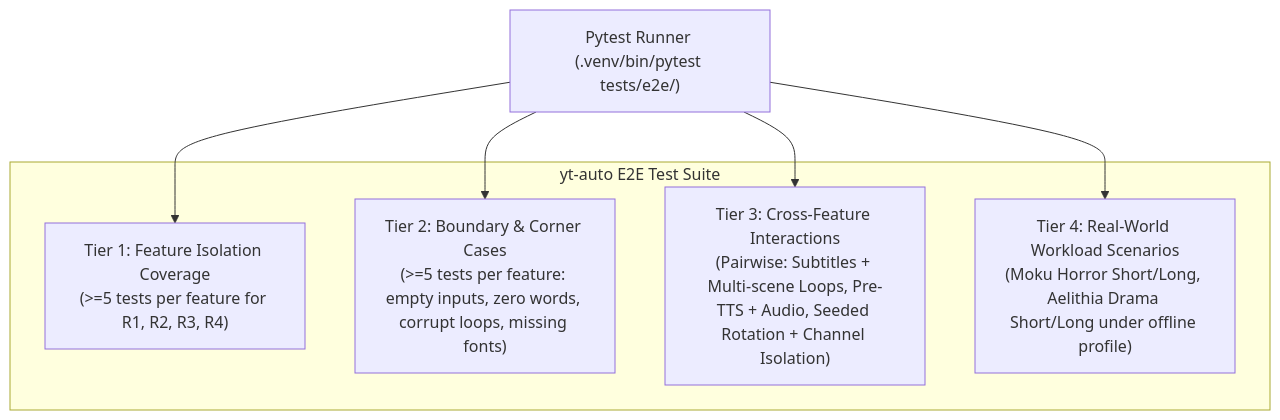
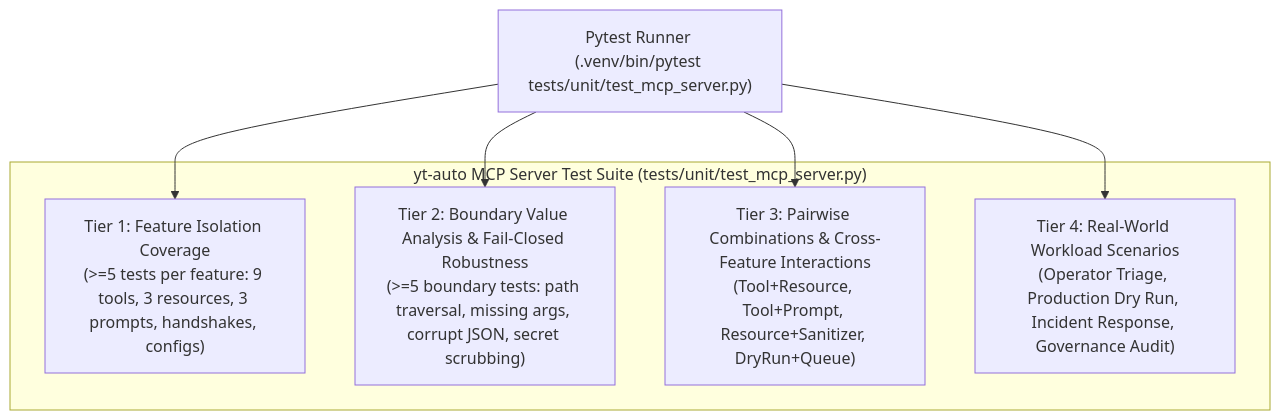
Before and after one commit to soyaelithia-ui/yt-auto: the diagram in TEST_INFRA.md, drawn with Mermaid. The commit also changed other lines of this file and 23 other files, not shown here.

Commit message:
feat(mcp): implement official model context protocol server, cli commands, sync parity gate and documentation

````diff
--- a/TEST_INFRA.md
+++ b/TEST_INFRA.md
@@ -18,14 +18,14 @@
 ```mermaid
 graph TD
-    subgraph SUITE["yt-auto E2E Test Suite"]
-        T1["Tier 1: Feature Isolation Coverage<br/>(>=5 tests per feature for R1, R2, R3, R4)"]
-        T2["Tier 2: Boundary & Corner Cases<br/>(>=5 tests per feature: empty inputs, zero words, corrupt loops, missing fonts)"]
-        T3["Tier 3: Cross-Feature Interactions<br/>(Pairwise: Subtitles + Multi-scene Loops, Pre-TTS + Audio, Seeded Rotation + Channel Isolation)"]
-        T4["Tier 4: Real-World Workload Scenarios<br/>(Moku Horror Short/Long, Aelithia Drama Short/Long under offline profile)"]
+    subgraph SUITE["yt-auto MCP Server Test Suite (tests/unit/test_mcp_server.py)"]
+        T1["Tier 1: Feature Isolation Coverage<br/>(>=5 tests per feature: 9 tools, 3 resources, 3 prompts, handshakes, configs)"]
+        T2["Tier 2: Boundary Value Analysis & Fail-Closed Robustness<br/>(>=5 boundary tests: path traversal, missing args, corrupt JSON, secret scrubbing)"]
+        T3["Tier 3: Pairwise Combinations & Cross-Feature Interactions<br/>(Tool+Resource, Tool+Prompt, Resource+Sanitizer, DryRun+Queue)"]
+        T4["Tier 4: Real-World Workload Scenarios<br/>(Operator Triage, Production Dry Run, Incident Response, Governance Audit)"]
     end
 
-    PYTEST["Pytest Runner (.venv/bin/pytest tests/e2e/)"] --> T1
+    PYTEST["Pytest Runner (.venv/bin/pytest tests/unit/test_mcp_server.py)"] --> T1
     PYTEST --> T2
     PYTEST --> T3
     PYTEST --> T4
 ```
````
